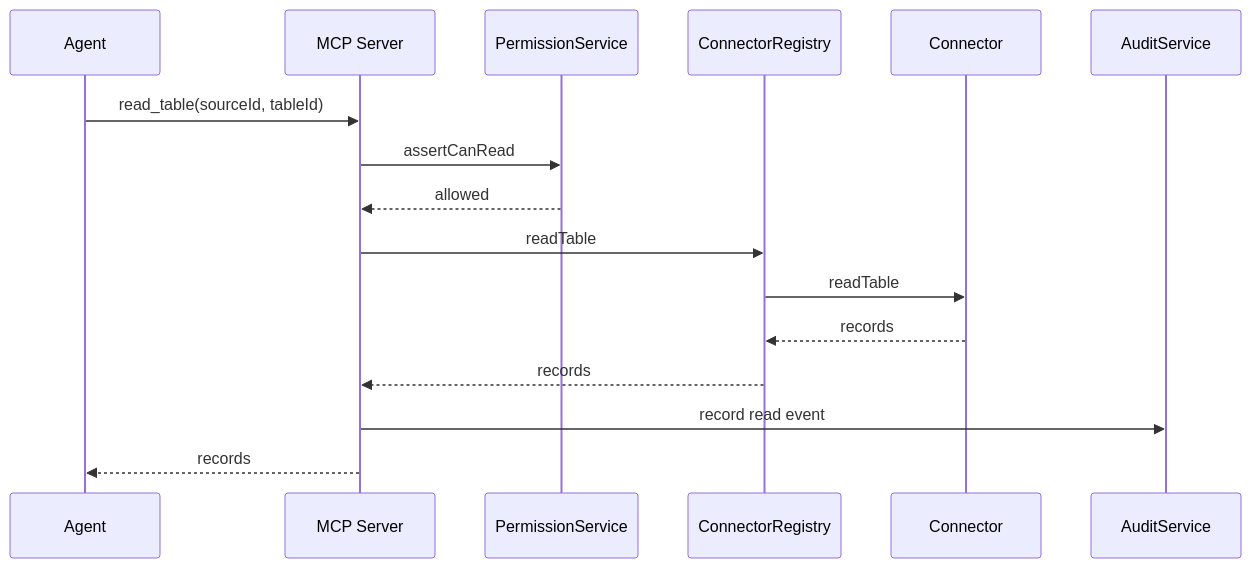
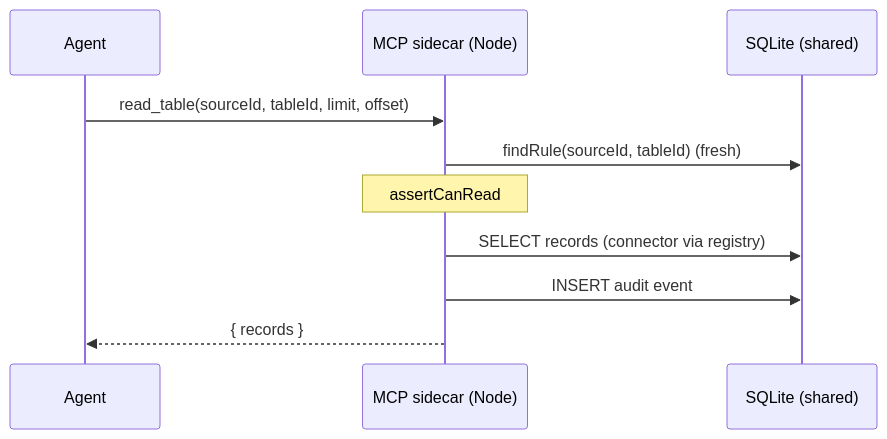
Before and after one commit to h1dr0nn/airtable-sheet-port: the second of 3 diagrams in docs/architecture.md, drawn with Mermaid. The commit also changed other lines of this file and 7 other files, not shown here.

First line of the commit message:
docs: rewrite documentation for the shared-SQLite broker architecture

````diff
--- a/docs/architecture.md
+++ b/docs/architecture.md
@@ -64,19 +158,13 @@
 ```mermaid
 sequenceDiagram
   participant A as Agent
-  participant M as MCP Server
-  participant P as PermissionService
-  participant C as ConnectorRegistry
-  participant X as Connector
-  participant L as AuditService
+  participant M as MCP sidecar (Node)
+  participant DB as SQLite (shared)
 
-  A->>M: read_table(sourceId, tableId)
-  M->>P: assertCanRead
-  P-->>M: allowed
-  M->>C: readTable
-  C->>X: readTable
-  X-->>C: records
-  C-->>M: records
-  M->>L: record read event
-  M-->>A: records
+  A->>M: read_table(sourceId, tableId, limit, offset)
+  M->>DB: findRule(sourceId, tableId) (fresh)
+  Note over M: assertCanRead
+  M->>DB: SELECT records (connector via registry)
+  M->>DB: INSERT audit event
+  M-->>A: { records }
 ```
````
